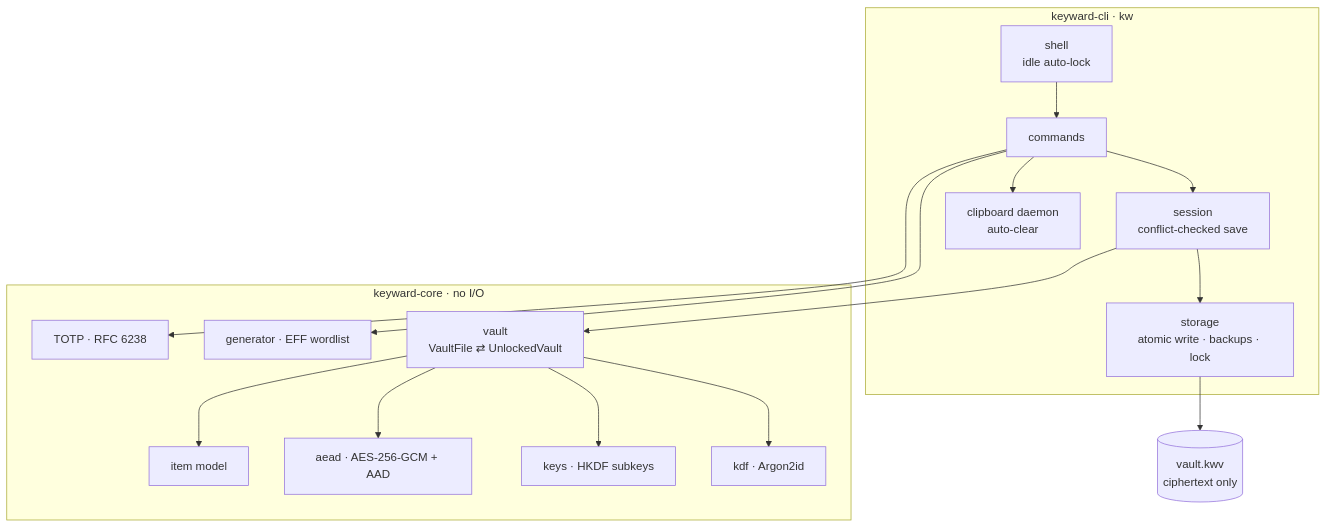
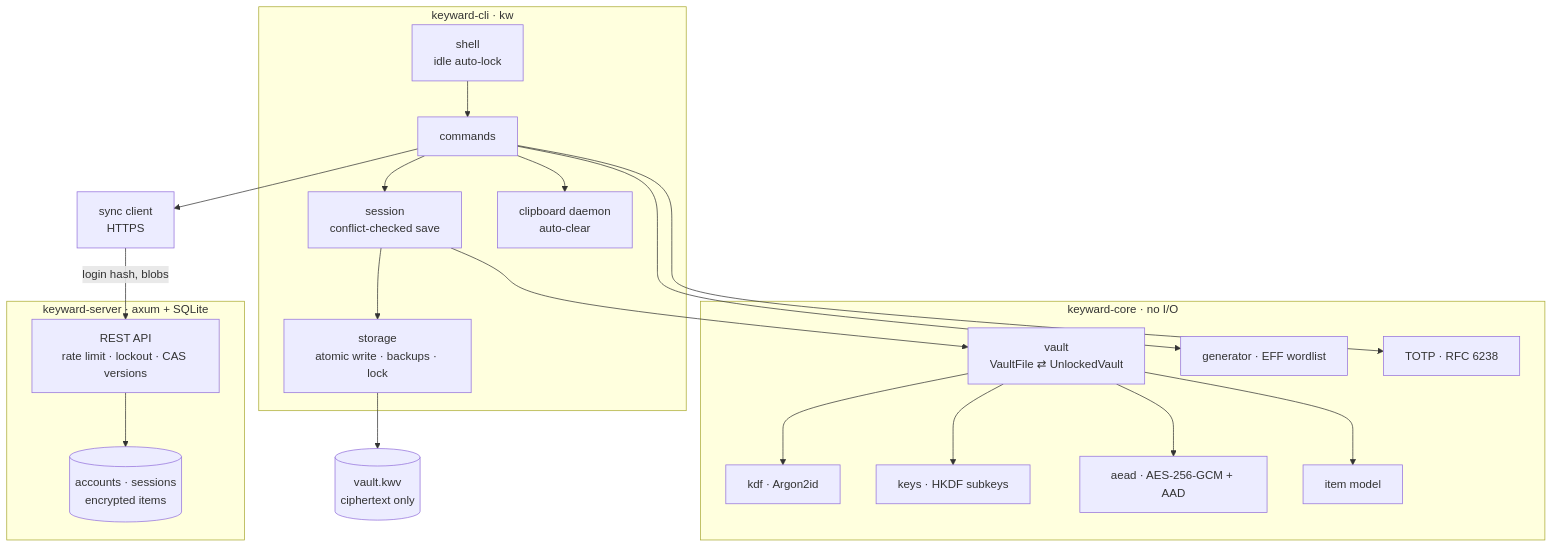
Before and after one commit to locky-3/keyward: the diagram in README.md, drawn with Mermaid. The commit also changed other lines of this file and 12 other files, not shown here.

````diff
--- a/README.md
+++ b/README.md
@@ -20,22 +23,27 @@
 ```mermaid
 flowchart TB
     subgraph cli[keyward-cli · kw]
         cmd[commands] --> sess[session<br/>conflict-checked save]
         sess --> store[storage<br/>atomic write · backups · lock]
         cmd --> clip[clipboard daemon<br/>auto-clear]
         sh[shell<br/>idle auto-lock] --> cmd
     end
     subgraph core[keyward-core · no I/O]
         vault[vault<br/>VaultFile ⇄ UnlockedVault]
         kdf[kdf · Argon2id]
         keys[keys · HKDF subkeys]
         aead[aead · AES-256-GCM + AAD]
         item[item model]
         gen[generator · EFF wordlist]
         totp[TOTP · RFC 6238]
         vault --> kdf & keys & aead & item
     end
     sess --> vault
     cmd --> gen & totp
     store --> file[(vault.kwv<br/>ciphertext only)]
+    cmd --> sc[sync client<br/>HTTPS]
+    sc -->|login hash, blobs| srv
+    subgraph server[keyward-server · axum + SQLite]
+        srv[REST API<br/>rate limit · lockout · CAS versions] --> db[(accounts · sessions<br/>encrypted items)]
+    end
 ```
````
